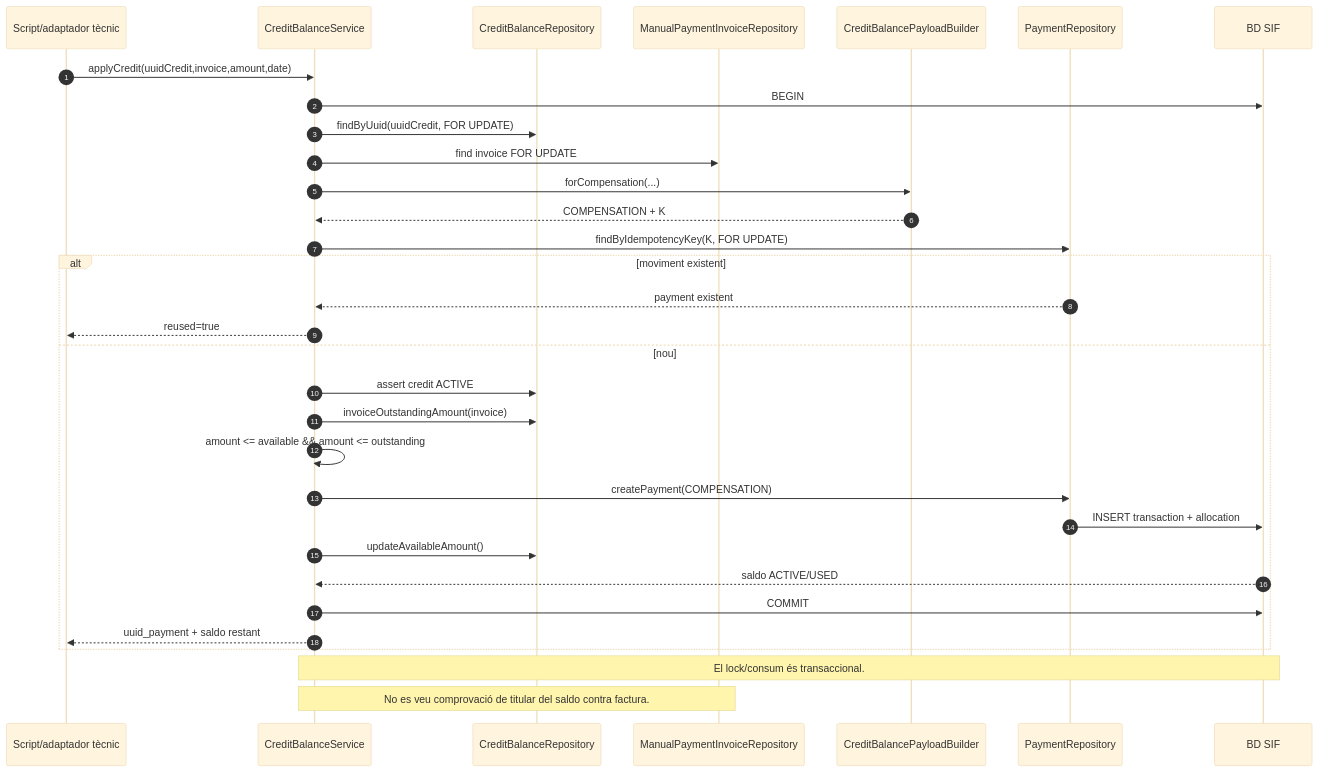
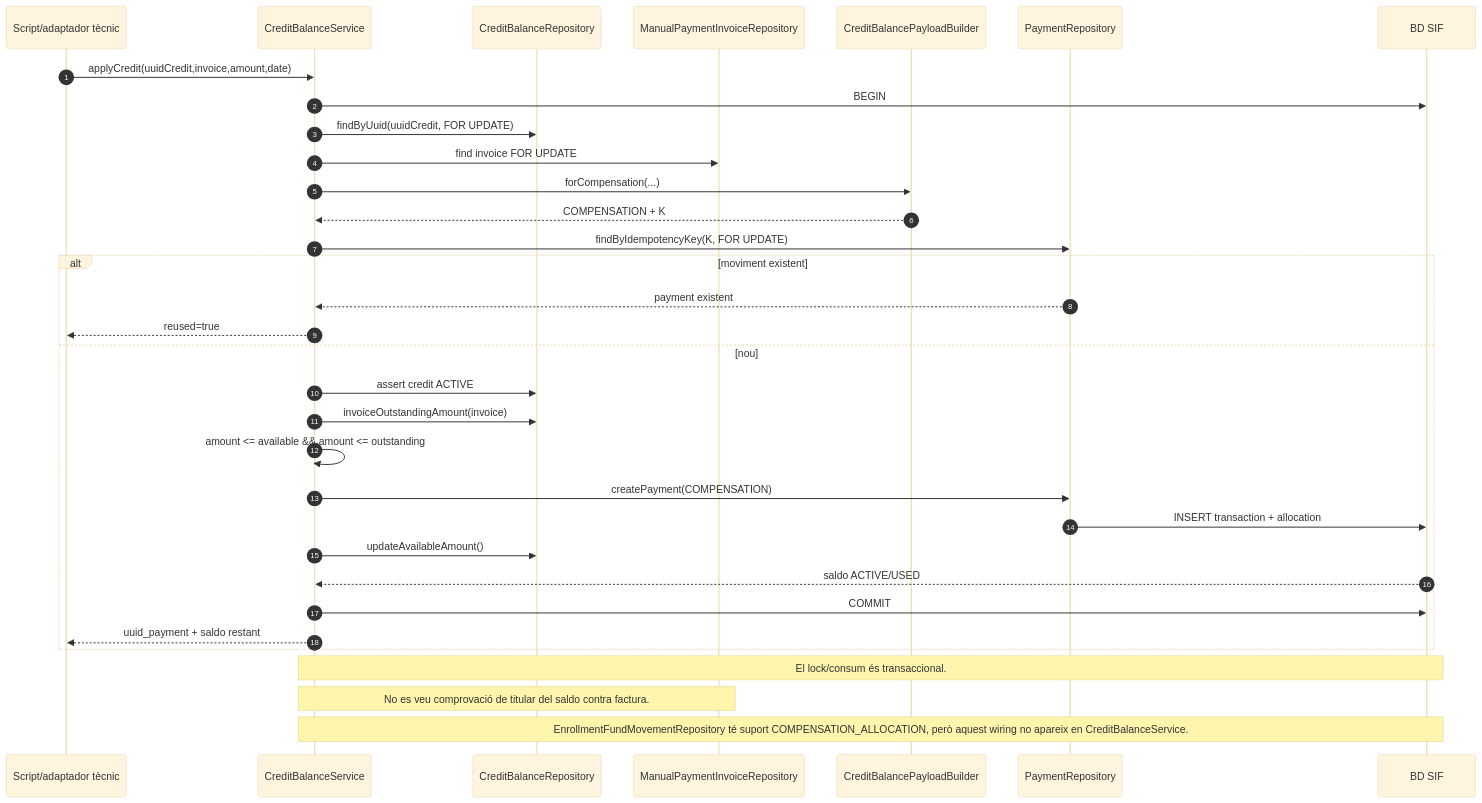
One commit to orgmeriemprismacat-del/verifactu changed the sixth of 11 diagrams in documentacio/07-uml-integrat/uc-006-sequencies-actual-final.md. Above: the diagram before and after it, drawn with Mermaid (base theme). The commit also changed other lines of this file, not shown here.

````diff
--- a/documentacio/07-uml-integrat/uc-006-sequencies-actual-final.md
+++ b/documentacio/07-uml-integrat/uc-006-sequencies-actual-final.md
@@ -167,35 +167,36 @@
 ```mermaid
 sequenceDiagram
 autonumber
 participant Caller as Script/adaptador tècnic
 participant CS as CreditBalanceService
 participant CR as CreditBalanceRepository
 participant IR as ManualPaymentInvoiceRepository
 participant B as CreditBalancePayloadBuilder
 participant PR as PaymentRepository
 participant DB as BD SIF
 
 Caller->>CS: applyCredit(uuidCredit,invoice,amount,date)
 CS->>DB: BEGIN
 CS->>CR: findByUuid(uuidCredit, FOR UPDATE)
 CS->>IR: find invoice FOR UPDATE
 CS->>B: forCompensation(...)
 B-->>CS: COMPENSATION + K
 CS->>PR: findByIdempotencyKey(K, FOR UPDATE)
 alt moviment existent
   PR-->>CS: payment existent
   CS-->>Caller: reused=true
 else nou
   CS->>CR: assert credit ACTIVE
   CS->>CR: invoiceOutstandingAmount(invoice)
   CS->>CS: amount <= available && amount <= outstanding
   CS->>PR: createPayment(COMPENSATION)
   PR->>DB: INSERT transaction + allocation
   CS->>CR: updateAvailableAmount()
   DB-->>CS: saldo ACTIVE/USED
   CS->>DB: COMMIT
   CS-->>Caller: uuid_payment + saldo restant
 end
 Note over CS,DB: El lock/consum és transaccional.
 Note over CS,IR: No es veu comprovació de titular del saldo contra factura.
+Note over CS,DB: EnrollmentFundMovementRepository té suport COMPENSATION_ALLOCATION, però aquest wiring no apareix en CreditBalanceService.
 ```
````
